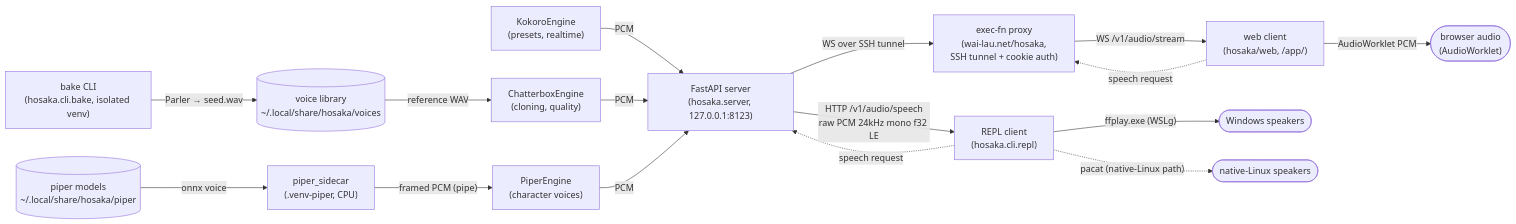
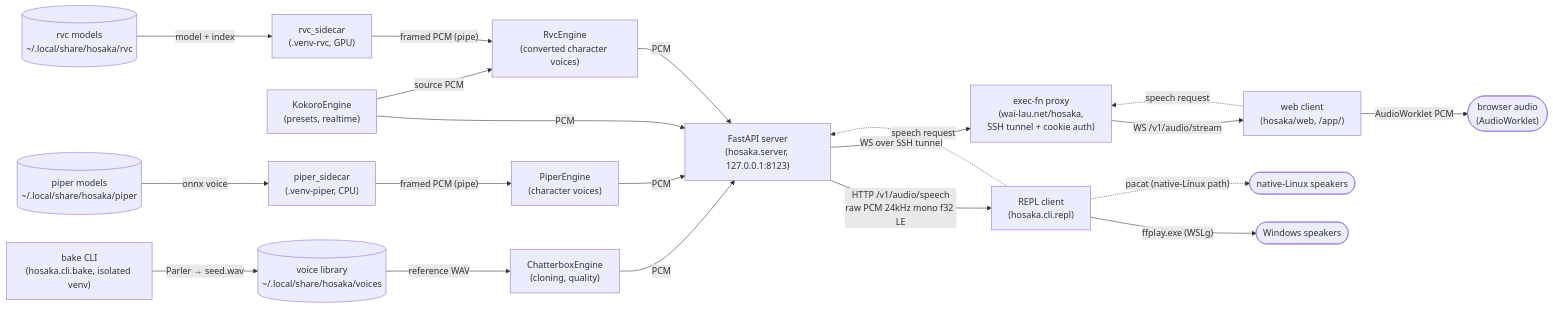
Before and after one commit to wai-lau/hosaka: the diagram in ARCHITECTURE.md, drawn with Mermaid. The commit also changed other lines of this file and 2 other files, not shown here.

First line of the commit message:
docs(rvc): document 5th engine + venv

````diff
--- a/ARCHITECTURE.md
+++ b/ARCHITECTURE.md
@@ -13,36 +13,43 @@
 ```mermaid
 flowchart LR
     bake["bake CLI<br/>(hosaka.cli.bake, isolated venv)"]
     library[("voice library<br/>~/.local/share/hosaka/voices")]
     pmodels[("piper models<br/>~/.local/share/hosaka/piper")]
+    rmodels[("rvc models<br/>~/.local/share/hosaka/rvc")]
     kokoro["KokoroEngine<br/>(presets, realtime)"]
     chatter["ChatterboxEngine<br/>(cloning, quality)"]
     piper["PiperEngine<br/>(character voices)"]
+    rvc["RvcEngine<br/>(converted character voices)"]
     sidecar["piper_sidecar<br/>(.venv-piper, CPU)"]
+    rvc_sidecar["rvc_sidecar<br/>(.venv-rvc, GPU)"]
     server["FastAPI server<br/>(hosaka.server, 127.0.0.1:8123)"]
     repl["REPL client<br/>(hosaka.cli.repl)"]
     proxy["exec-fn proxy<br/>(wai-lau.net/hosaka,<br/>SSH tunnel + cookie auth)"]
     web["web client<br/>(hosaka/web, /app/)"]
     win(["Windows speakers"])
     linux(["native-Linux speakers"])
     browser(["browser audio<br/>(AudioWorklet)"])
 
     %% forward: audio production pipeline, all left-to-right
     bake -->|"Parler → seed.wav"| library
     library -->|"reference WAV"| chatter
     kokoro -->|"PCM"| server
+    kokoro -->|"source PCM"| rvc
     chatter -->|"PCM"| server
     pmodels -->|"onnx voice"| sidecar
     sidecar -->|"framed PCM (pipe)"| piper
     piper -->|"PCM"| server
+    rmodels -->|"model + index"| rvc_sidecar
+    rvc_sidecar -->|"framed PCM (pipe)"| rvc
+    rvc -->|"PCM"| server
     server -->|"HTTP /v1/audio/speech<br/>raw PCM 24kHz mono f32 LE"| repl
     server -->|"WS over SSH tunnel"| proxy
     proxy -->|"WS /v1/audio/stream"| web
     repl -->|"ffplay.exe (WSLg)"| win
     repl -.->|"pacat (native-Linux path)"| linux
     web -->|"AudioWorklet PCM"| browser
 
     %% backward: speech requests (control)
     repl -.->|"speech request"| server
     web -.->|"speech request"| proxy
 ```
````
